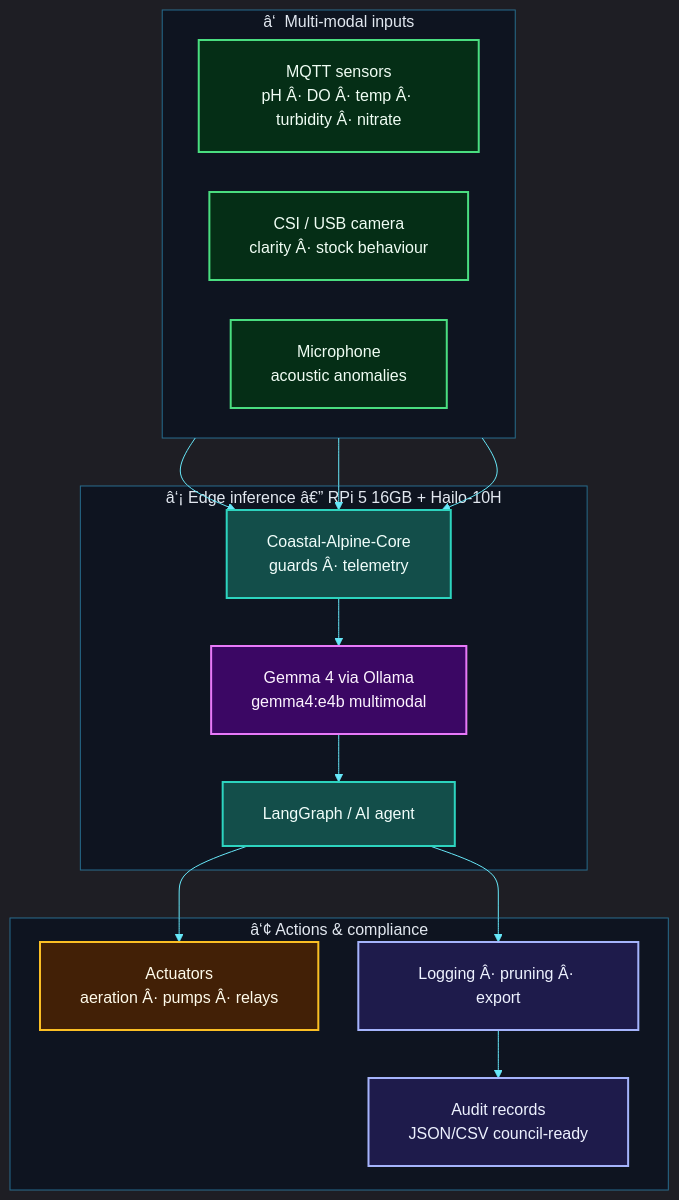
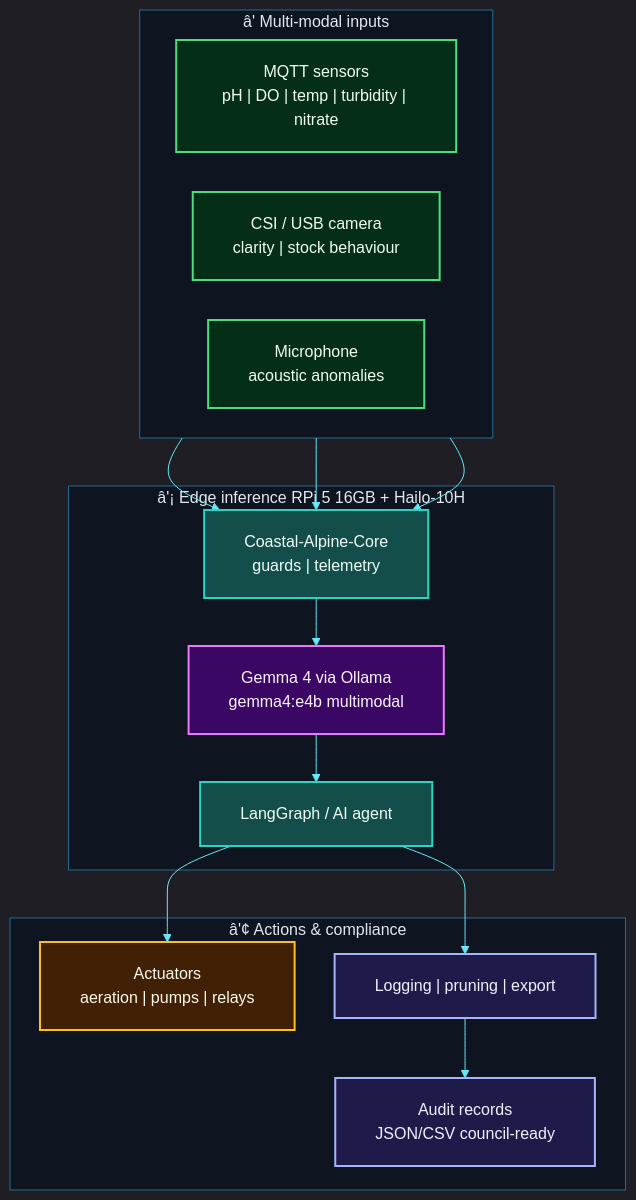
The diagram in README.md (fivepanelhat/AquaGuard-Portal), drawn with Mermaid before and after one commit. The commit also changed other lines of this file and 9 other files, not shown here.

````diff
--- a/README.md
+++ b/README.md
@@ -201,63 +201,63 @@
 ```mermaid
 %%{init: {
   "theme": "dark",
   "themeVariables": {
     "fontSize": "16px",
     "fontFamily": "Inter, ui-sans-serif, system-ui, sans-serif",
     "primaryColor": "#0ea5e9",
     "primaryTextColor": "#f8fafc",
     "primaryBorderColor": "#38bdf8",
     "lineColor": "#67e8f9",
     "secondaryColor": "#1e293b",
     "tertiaryColor": "#0f172a",
     "clusterBkg": "#0b1220cc",
     "clusterBorder": "#38bdf880",
     "titleColor": "#e2e8f0"
   },
   "flowchart": {
     "nodeSpacing": 40,
     "rankSpacing": 48,
     "padding": 20,
     "htmlLabels": true,
     "curve": "basis"
   }
 }}%%
 flowchart TB
 
     classDef sense fill:#052e16,stroke:#4ade80,stroke-width:2px,color:#f0fdf4
     classDef edge fill:#0c4a6e,stroke:#38bdf8,stroke-width:2px,color:#f0f9ff
     classDef core fill:#134e4a,stroke:#2dd4bf,stroke-width:2px,color:#f0fdfa
     classDef act fill:#422006,stroke:#fbbf24,stroke-width:2px,color:#fffbeb
     classDef store fill:#1e1b4b,stroke:#a5b4fc,stroke-width:2px,color:#eef2ff
     classDef ai fill:#3b0764,stroke:#e879f9,stroke-width:2px,color:#fdf4ff
     classDef app fill:#1e1b4b,stroke:#c4b5fd,stroke-width:2px,color:#eef2ff
 
-    subgraph IN["â‘  Multi-modal inputs"]
+    subgraph IN["â'  Multi-modal inputs"]
         direction LR
-        S["MQTT sensors<br/>pH Â· DO Â· temp Â· turbidity Â· nitrate"]
-        C["CSI / USB camera<br/>clarity Â· stock behaviour"]
+        S["MQTT sensors<br/>pH | DO | temp | turbidity | nitrate"]
+        C["CSI / USB camera<br/>clarity | stock behaviour"]
         M["Microphone<br/>acoustic anomalies"]
     end
 
-    subgraph EDGE["â‘¡ Edge inference â€” RPi 5 16GB + Hailo-10H"]
-        CORE["Coastal-Alpine-Core<br/>guards Â· telemetry"]
+    subgraph EDGE["â'¡ Edge inference  RPi 5 16GB + Hailo-10H"]
+        CORE["Coastal-Alpine-Core<br/>guards | telemetry"]
         LLM["Gemma 4 via Ollama<br/>gemma4:e4b multimodal"]
         AG["LangGraph / AI agent"]
     end
 
-    subgraph OUT["â‘¢ Actions & compliance"]
-        ACT["Actuators<br/>aeration Â· pumps Â· relays"]
-        LOG["Logging Â· pruning Â· export"]
+    subgraph OUT["â'¢ Actions & compliance"]
+        ACT["Actuators<br/>aeration | pumps | relays"]
+        LOG["Logging | pruning | export"]
         AUD["Audit records<br/>JSON/CSV council-ready"]
     end
 
     S & C & M --> CORE --> LLM --> AG
     AG --> ACT
     AG --> LOG --> AUD
 
     class S,C,M sense
     class CORE,AG core
     class LLM ai
     class ACT act
     class LOG,AUD store
 ```
````
